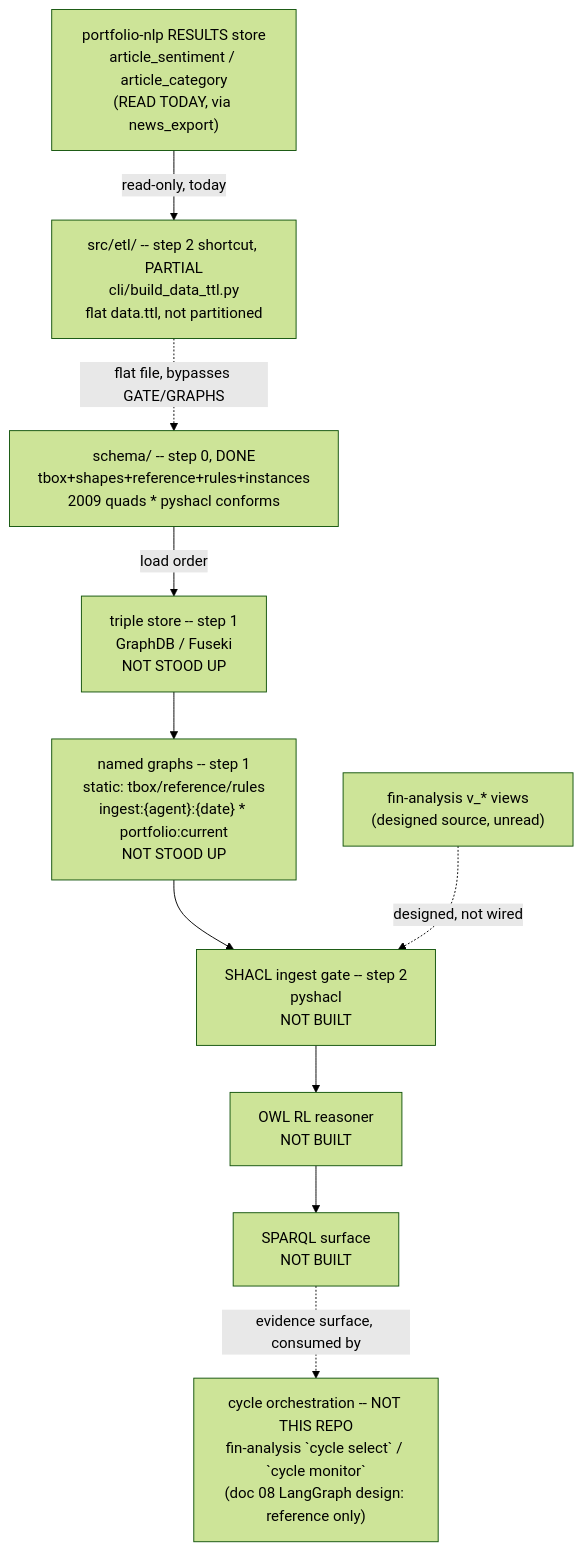
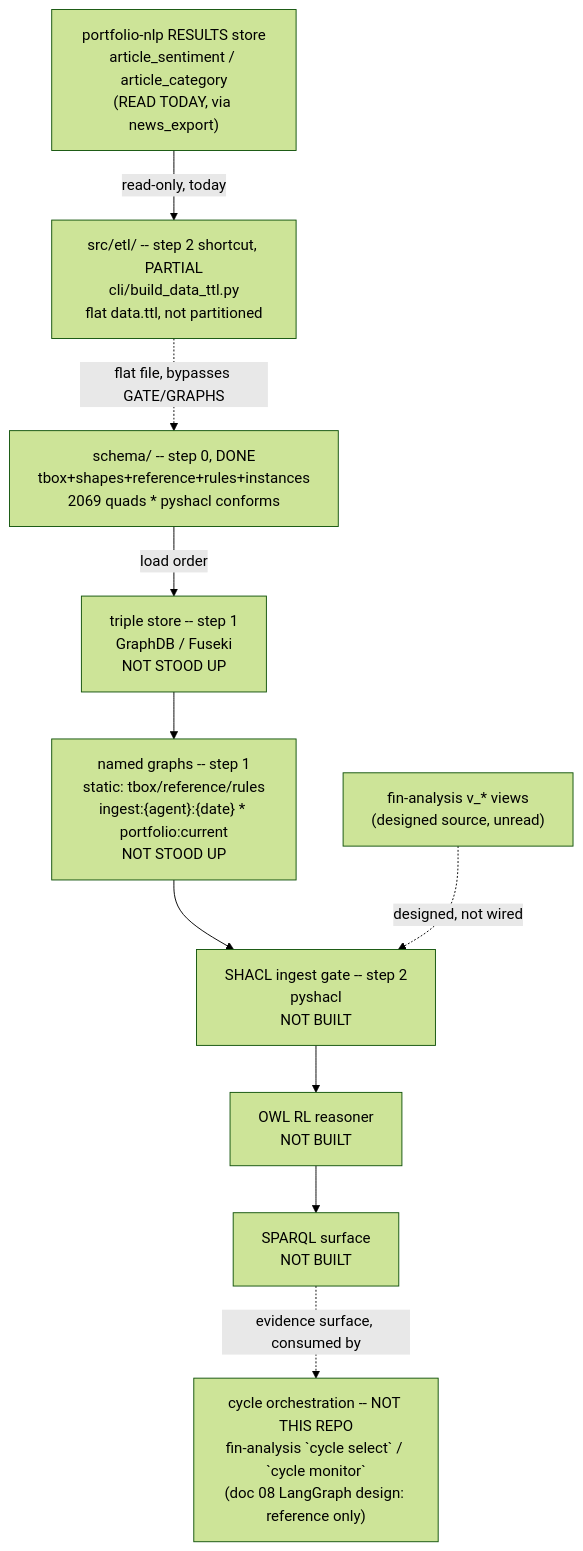
One commit to gamug/portfolio-knowledge-graph changed the diagram in .specify/memory/SPEC.md. Above: the diagram before and after it, drawn with Mermaid (forest theme). The commit also changed other lines of this file and 8 other files, not shown here.

Commit message:
fix(schema): address PR #39 review — drop runId domain, SHACL on 5 classes, read rule, scale cost, extras wording

````diff
--- a/.specify/memory/SPEC.md
+++ b/.specify/memory/SPEC.md
@@ -298,20 +298,20 @@
 ```mermaid
 flowchart TB
-    SCHEMA["schema/ -- step 0, DONE<br/>tbox+shapes+reference+rules+instances<br/>2009 quads * pyshacl conforms"]
+    SCHEMA["schema/ -- step 0, DONE<br/>tbox+shapes+reference+rules+instances<br/>2069 quads * pyshacl conforms"]
     STORE["triple store -- step 1<br/>GraphDB / Fuseki<br/>NOT STOOD UP"]
     GRAPHS["named graphs -- step 1<br/>static: tbox/reference/rules<br/>ingest:{agent}:{date} * portfolio:current<br/>NOT STOOD UP"]
     GATE["SHACL ingest gate -- step 2<br/>pyshacl<br/>NOT BUILT"]
     FIN["fin-analysis v_* views<br/>(designed source, unread)"]
     NLPRES["portfolio-nlp RESULTS store<br/>article_sentiment / article_category<br/>(READ TODAY, via news_export)"]
     ETL["src/etl/ -- step 2 shortcut, PARTIAL<br/>cli/build_data_ttl.py<br/>flat data.ttl, not partitioned"]
     REASON["OWL RL reasoner<br/>NOT BUILT"]
     SPARQL["SPARQL surface<br/>NOT BUILT"]
     AGENTS["cycle orchestration -- NOT THIS REPO<br/>fin-analysis `cycle select` / `cycle monitor`<br/>(doc 08 LangGraph design: reference only)"]
 
     SCHEMA -->|load order| STORE --> GRAPHS --> GATE
     FIN -.->|designed, not wired| GATE
     NLPRES -->|read-only, today| ETL
     ETL -.->|flat file, bypasses GATE/GRAPHS| SCHEMA
     GATE --> REASON --> SPARQL
     SPARQL -.->|evidence surface, consumed by| AGENTS
 ```
````
